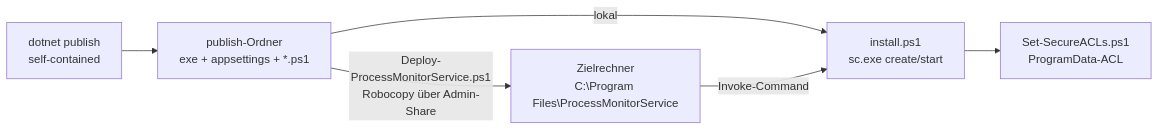
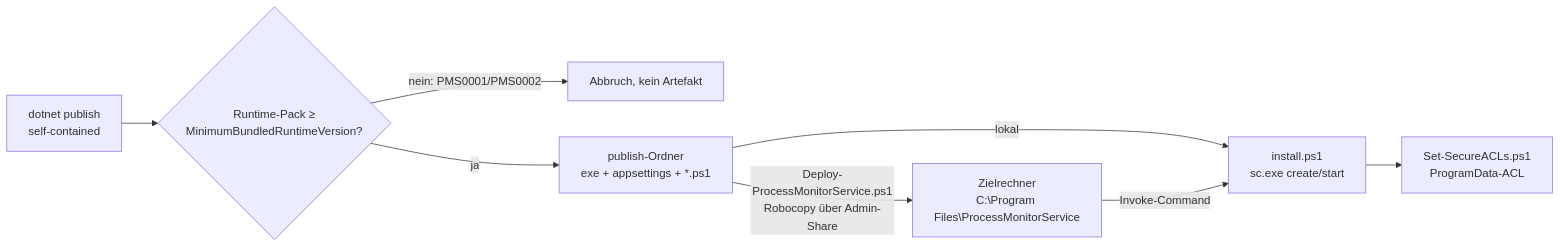
Before and after one commit to gitnol/ProcessMonitorService: the second of 3 diagrams in docs/architecture/OVERVIEW.md, drawn with Mermaid. The commit also changed 10 other files, not shown here.

````diff
--- a/docs/architecture/OVERVIEW.md
+++ b/docs/architecture/OVERVIEW.md
@@ -61,8 +61,10 @@
 ```mermaid
 flowchart LR
-    B[dotnet publish<br/>self-contained] --> PUB[publish-Ordner<br/>exe + appsettings + *.ps1]
+    B[dotnet publish<br/>self-contained] --> CHK{Runtime-Pack ≥<br/>MinimumBundledRuntimeVersion?}
+    CHK -->|nein: PMS0001/PMS0002| STOP[Abbruch, kein Artefakt]
+    CHK -->|ja| PUB[publish-Ordner<br/>exe + appsettings + *.ps1]
     PUB -->|lokal| I[install.ps1<br/>sc.exe create/start]
     PUB -->|Deploy-ProcessMonitorService.ps1<br/>Robocopy über Admin-Share| R[Zielrechner<br/>C:\Program Files\ProcessMonitorService]
     R -->|Invoke-Command| I
     I --> ACL[Set-SecureACLs.ps1<br/>ProgramData-ACL]
 ```
````
